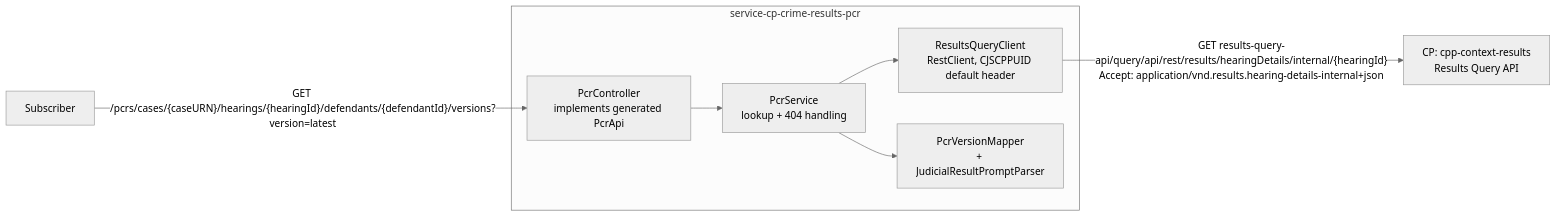
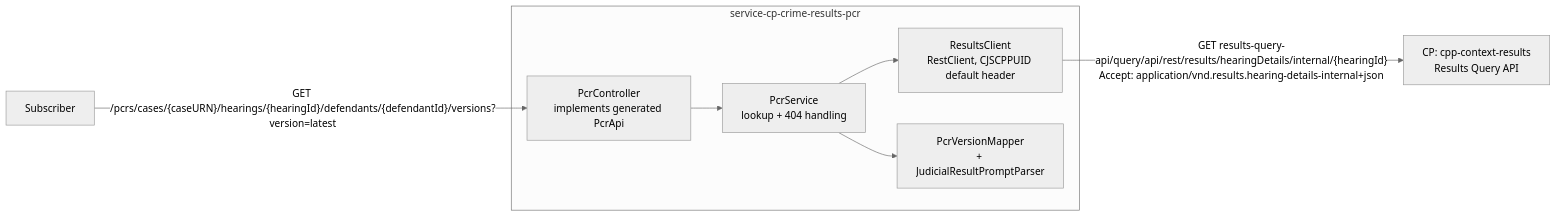
Before and after one commit to hmcts/service-cp-crime-results-pcr: the diagram in docs/2026-07-17-pcr-stateless-proxy-design.md, drawn with Mermaid (neutral theme). The commit also changed other lines of this file and 7 other files, not shown here.

First line of the commit message:
chore: rename ResultsQueryClient to ResultsClient, add orchestrator/ingestion designs

````diff
--- a/docs/2026-07-17-pcr-stateless-proxy-design.md
+++ b/docs/2026-07-17-pcr-stateless-proxy-design.md
@@ -74,13 +74,13 @@
 ```mermaid
 flowchart LR
     Sub["Subscriber"] -->|"GET /pcrs/cases/{caseURN}/hearings/{hearingId}/defendants/{defendantId}/versions?version=latest"| Controller
 
     subgraph PCR["service-cp-crime-results-pcr"]
         Controller["PcrController<br/>implements generated PcrApi"]
         Controller --> Service["PcrService<br/>lookup + 404 handling"]
-        Service --> Client["ResultsQueryClient<br/>RestClient, CJSCPPUID default header"]
+        Service --> Client["ResultsClient<br/>RestClient, CJSCPPUID default header"]
         Service --> Mapper["PcrVersionMapper<br/>+ JudicialResultPromptParser"]
     end
 
     Client -->|"GET results-query-api/query/api/rest/results/hearingDetails/internal/{hearingId}<br/>Accept: application/vnd.results.hearing-details-internal+json"| CP["CP: cpp-context-results<br/>Results Query API"]
 ```
````
